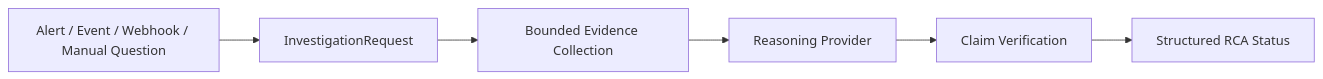
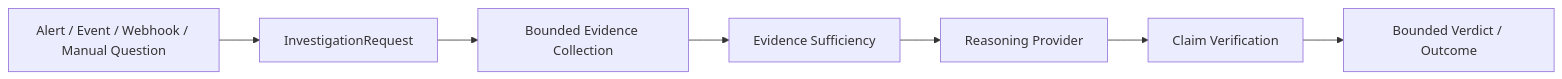
One commit to FluxSeer/fluxseer-rca changed the first of 2 diagrams in README.md. Above: the diagram before and after it, drawn with Mermaid. The commit also changed other lines of this file and 183 other files, not shown here.

````diff
--- a/README.md
+++ b/README.md
@@ -68,15 +129,17 @@
 ```mermaid
 flowchart LR
     Signal[Alert / Event / Webhook / Manual Question]
     IR[InvestigationRequest]
     Evidence[Bounded Evidence Collection]
+    Sufficiency[Evidence Sufficiency]
     Reasoning[Reasoning Provider]
     Verify["Claim Verification"]
-    RCA[Structured RCA Status]
+    RCA[Bounded Verdict / Outcome]
 
     Signal --> IR
     IR --> Evidence
-    Evidence --> Reasoning
+    Evidence --> Sufficiency
+    Sufficiency --> Reasoning
     Reasoning --> Verify
     Verify --> RCA
 ```
````
